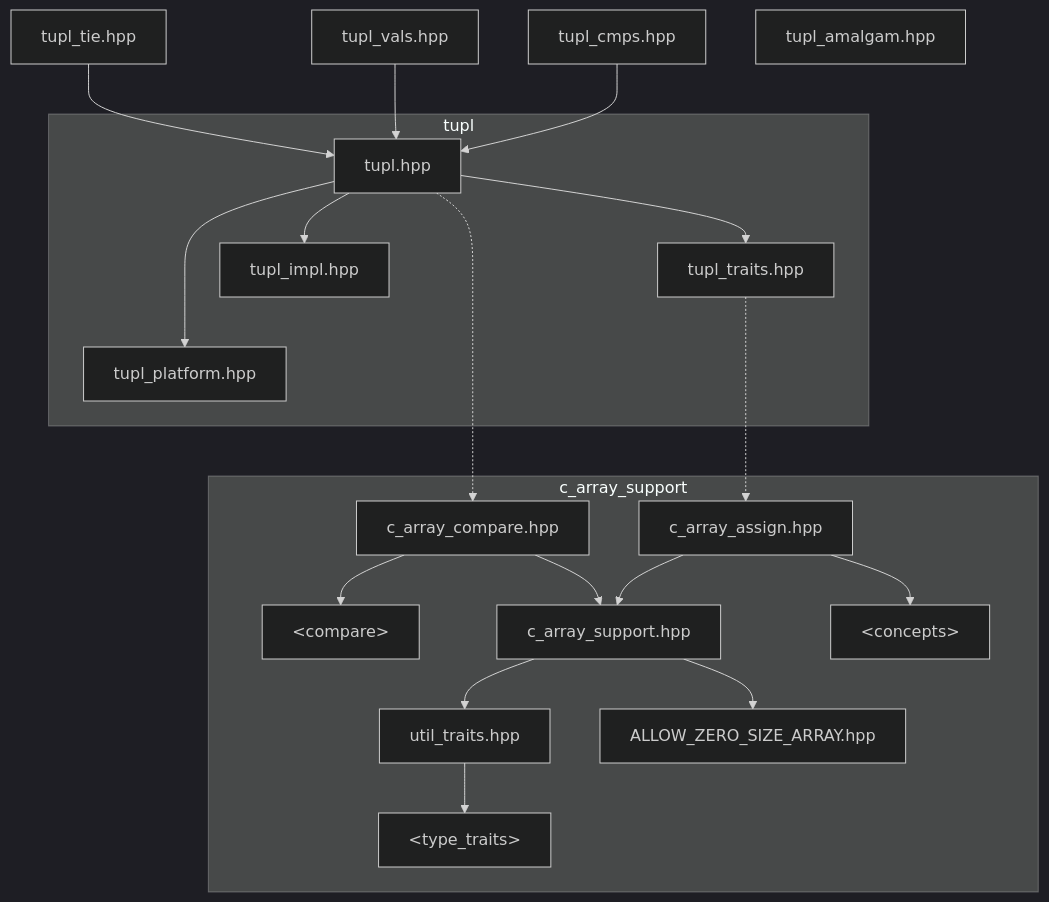
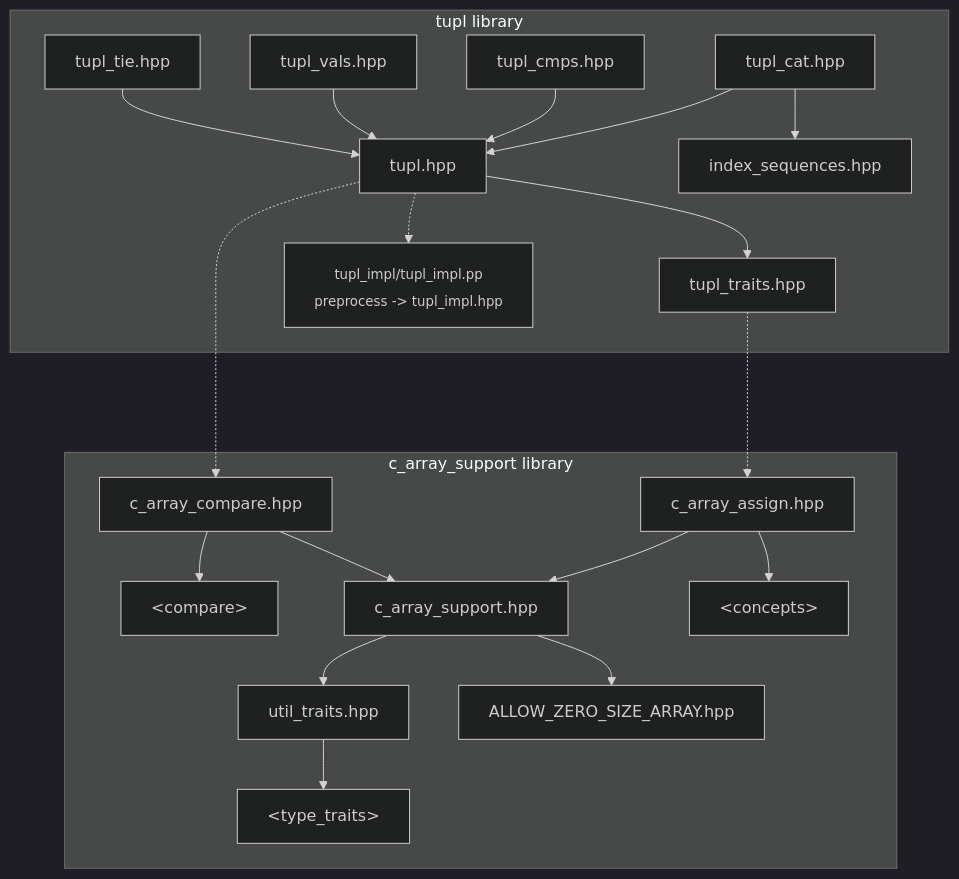
Before and after one commit to lemuriad/tupl: the first of 2 diagrams in readme.md, drawn with Mermaid (dark theme). The commit also changed other lines of this file, not shown here.

````diff
--- a/readme.md
+++ b/readme.md
@@ -514,23 +579,23 @@
 ```mermaid
   flowchart TD
+    subgraph tupl library
     tupl_tie.hpp --> tupl.hpp
     tupl_vals.hpp --> tupl.hpp
     tupl_cmps.hpp --> tupl.hpp
-    tupl_amalgam.hpp
-    subgraph tupl
+    tupl_cat.hpp --> tupl.hpp
+    tupl_cat.hpp --> index_sequences.hpp
     tupl.hpp --> tupl_traits.hpp
-    tupl.hpp --> tupl_impl.hpp
-    tupl.hpp ---> tupl_platform.hpp
+    tupl.hpp .-> markdown["<sub>tupl_impl/tupl_impl.pp<br>preprocess -> tupl_impl.hpp</sub>"]
     end
-    subgraph c_array_support
+    subgraph c_array_support library
     tupl.hpp -...-> c_array_compare.hpp
     tupl_traits.hpp -..-> c_array_assign.hpp
     c_array_compare.hpp --> std["#lt;compare#gt;"]
     c_array_compare.hpp --> c_array_support.hpp
     c_array_assign.hpp --> c_array_support.hpp
     c_array_assign.hpp --> con["#lt;concepts#gt;"]
     c_array_support.hpp --> util_traits.hpp
     c_array_support.hpp --> ALLOW_ZERO_SIZE_ARRAY.hpp
     util_traits.hpp --> type_traitsstd["#lt;type_traits#gt;"]
     end
 ```
````
